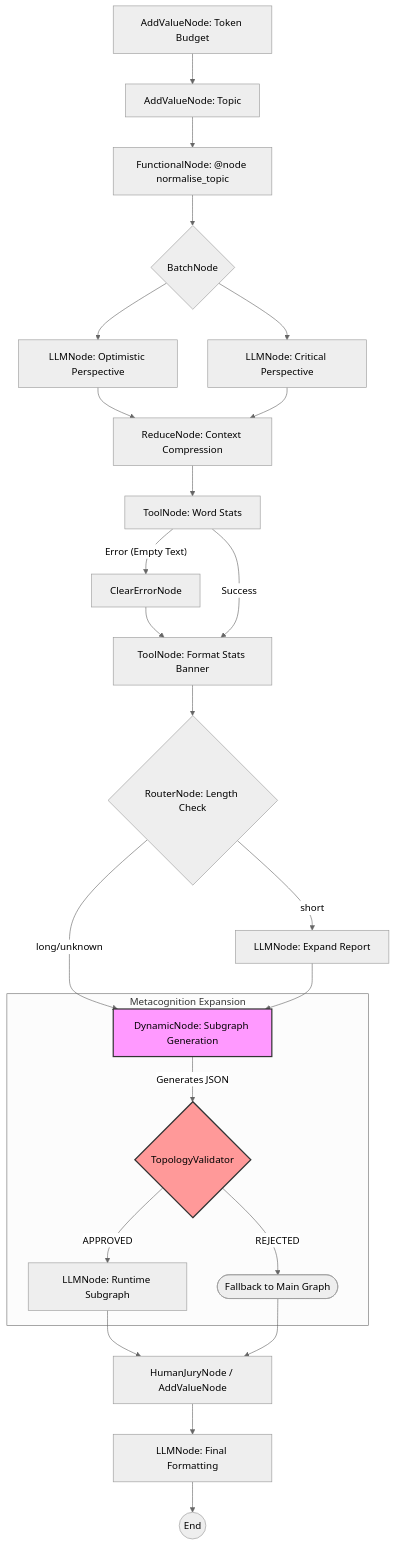
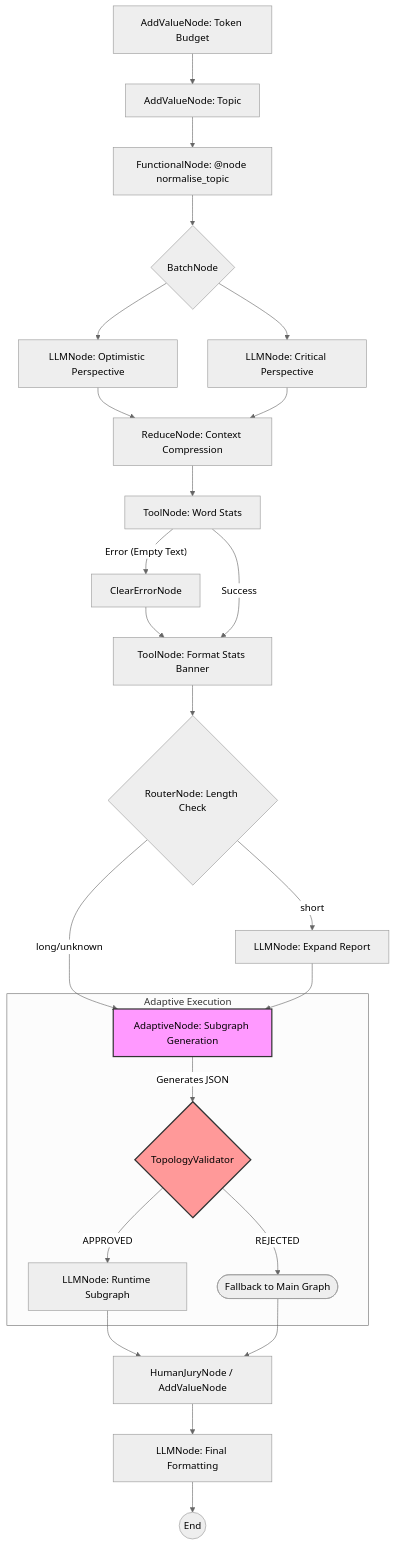
One commit to snath-ai/lar changed the diagram in docs/case-studies/validation-suite.md. Above: the diagram before and after it, drawn with Mermaid (neutral theme). The commit also changed other lines of this file and 30 other files, not shown here.

Commit message:
v2.0: AdaptiveNode, EU AI Act narrative, compliance-first docs

````diff
--- a/docs/case-studies/validation-suite.md
+++ b/docs/case-studies/validation-suite.md
@@ -17,46 +17,46 @@
 ```mermaid
 flowchart TD
     %% Main Nodes
     AddBudget[AddValueNode: Token Budget] --> AddTopic[AddValueNode: Topic]
     AddTopic --> NormTopic[FunctionalNode: @node normalise_topic]
     
     %% Batch Branching
     NormTopic --> Batch{BatchNode}
     Batch --> PersA[LLMNode: Optimistic Perspective]
     Batch --> PersB[LLMNode: Critical Perspective]
     
     %% Reduce & Sync
     PersA --> Reduce[ReduceNode: Context Compression]
     PersB --> Reduce
     
     Reduce --> WordCount[ToolNode: Word Stats]
     
     %% Tool Error Hook
     WordCount -- Error (Empty Text) --> ClearError[ClearErrorNode]
     ClearError --> FormatBanner[ToolNode: Format Stats Banner]
     WordCount -- Success --> FormatBanner
     
     %% Router
     FormatBanner --> Router{RouterNode: Length Check}
     Router -- short --> Expand[LLMNode: Expand Report]
-    Router -- long/unknown --> Dynamic[DynamicNode: Subgraph Generation]
-    
+    Router -- long/unknown --> Dynamic[AdaptiveNode: Subgraph Generation]
+
     Expand --> Dynamic
-    
-    %% Dynamic Node & Validator Guardrails
-    subgraph Metacognition Expansion
+
+    %% AdaptiveNode & Validator Guardrails
+    subgraph Adaptive Execution
         Dynamic -- Generates JSON --> Validator{TopologyValidator}
         Validator -- APPROVED --> Subgraph[LLMNode: Runtime Subgraph]
         Validator -- REJECTED --> SubFallback([Fallback to Main Graph])
     end
     
     Subgraph --> Jury
     SubFallback --> Jury
     
     %% Output
     Jury[HumanJuryNode / AddValueNode] --> FormatFinal[LLMNode: Final Formatting]
     FormatFinal --> End((End))
 
     style Dynamic fill:#f9f,stroke:#333,stroke-width:2px
     style Validator fill:#ff9999,stroke:#333,stroke-width:2px
 ```
````
